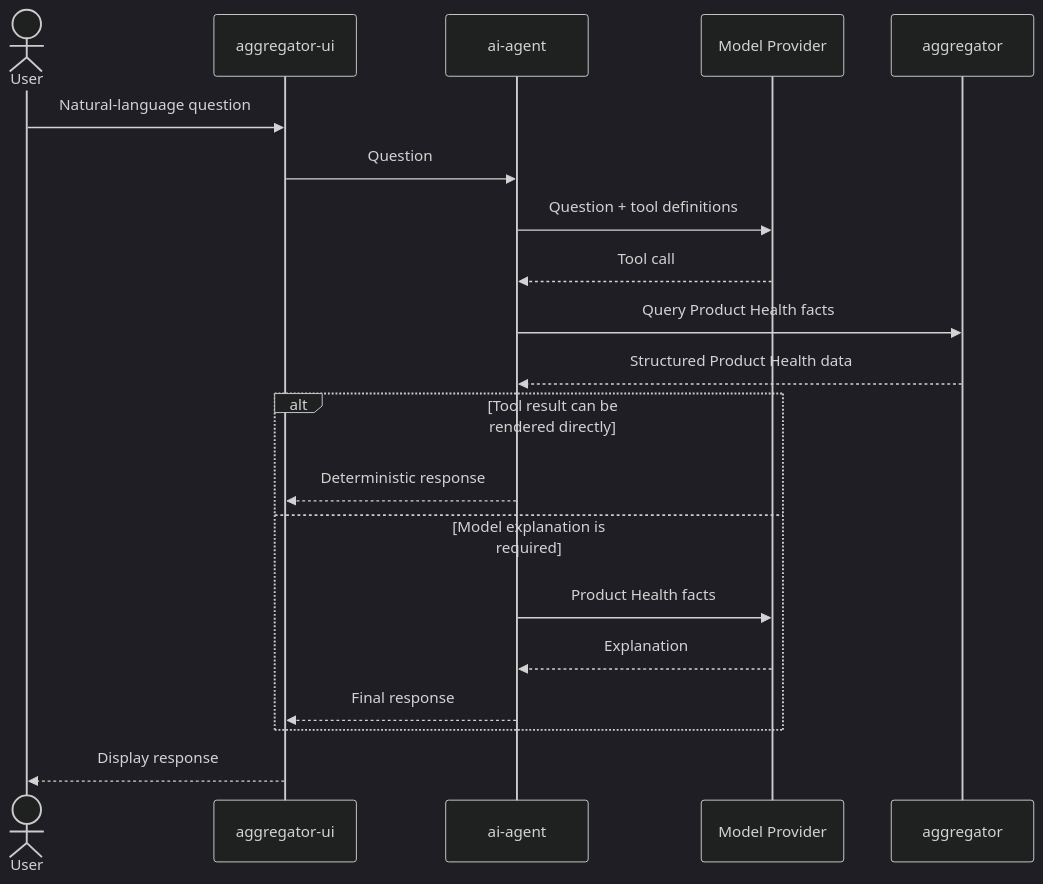
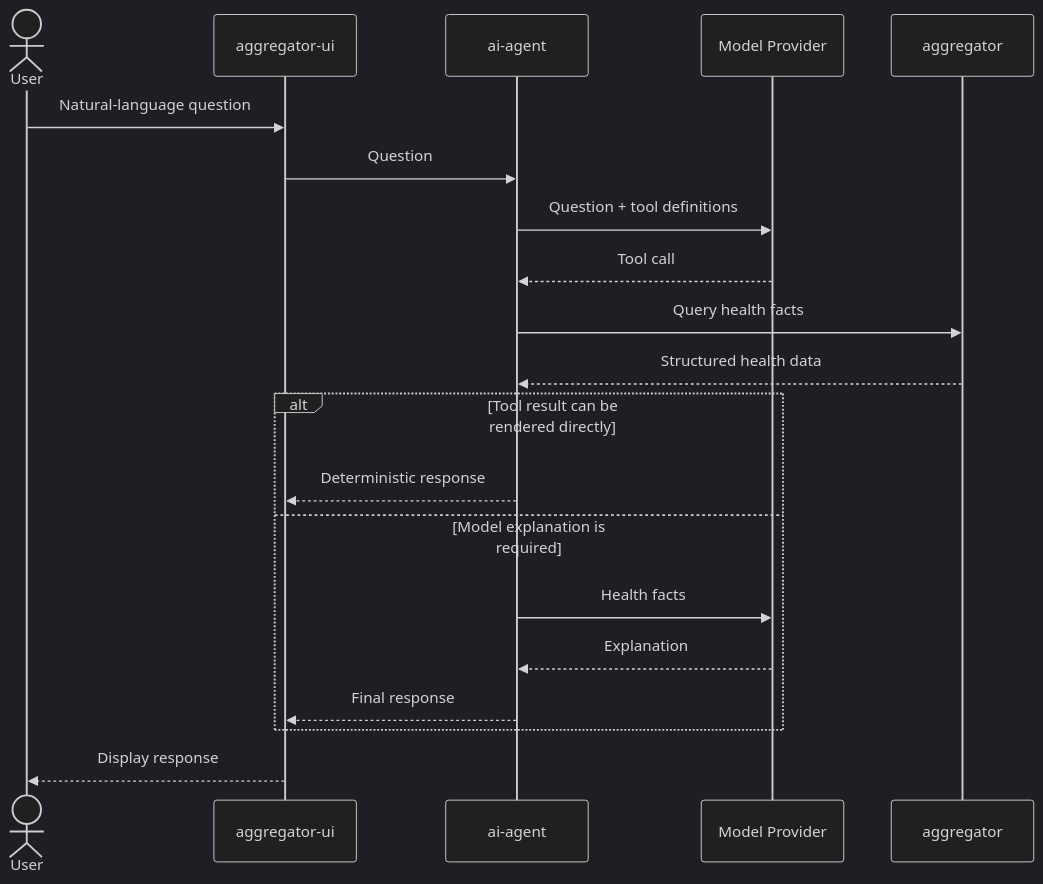
Before and after one commit to aleksei-sapozhnikov/aggregator: the second of 3 diagrams in docs/services.md, drawn with Mermaid (dark theme). The commit also changed other lines of this file, not shown here.

Commit message:
Simplify health terminology in architecture docs

````diff
--- a/docs/services.md
+++ b/docs/services.md
@@ -30,25 +30,25 @@
 ```mermaid
 sequenceDiagram
   actor User
   participant UI as aggregator-ui
   participant Agent as ai-agent
   participant Model as Model Provider
   participant Aggregator as aggregator
 
   User->>UI: Natural-language question
   UI->>Agent: Question
   Agent->>Model: Question + tool definitions
   Model-->>Agent: Tool call
-  Agent->>Aggregator: Query Product Health facts
-  Aggregator-->>Agent: Structured Product Health data
+  Agent->>Aggregator: Query health facts
+  Aggregator-->>Agent: Structured health data
 
   alt Tool result can be rendered directly
     Agent-->>UI: Deterministic response
   else Model explanation is required
-    Agent->>Model: Product Health facts
+    Agent->>Model: Health facts
     Model-->>Agent: Explanation
     Agent-->>UI: Final response
   end
 
   UI-->>User: Display response
 ```
````
